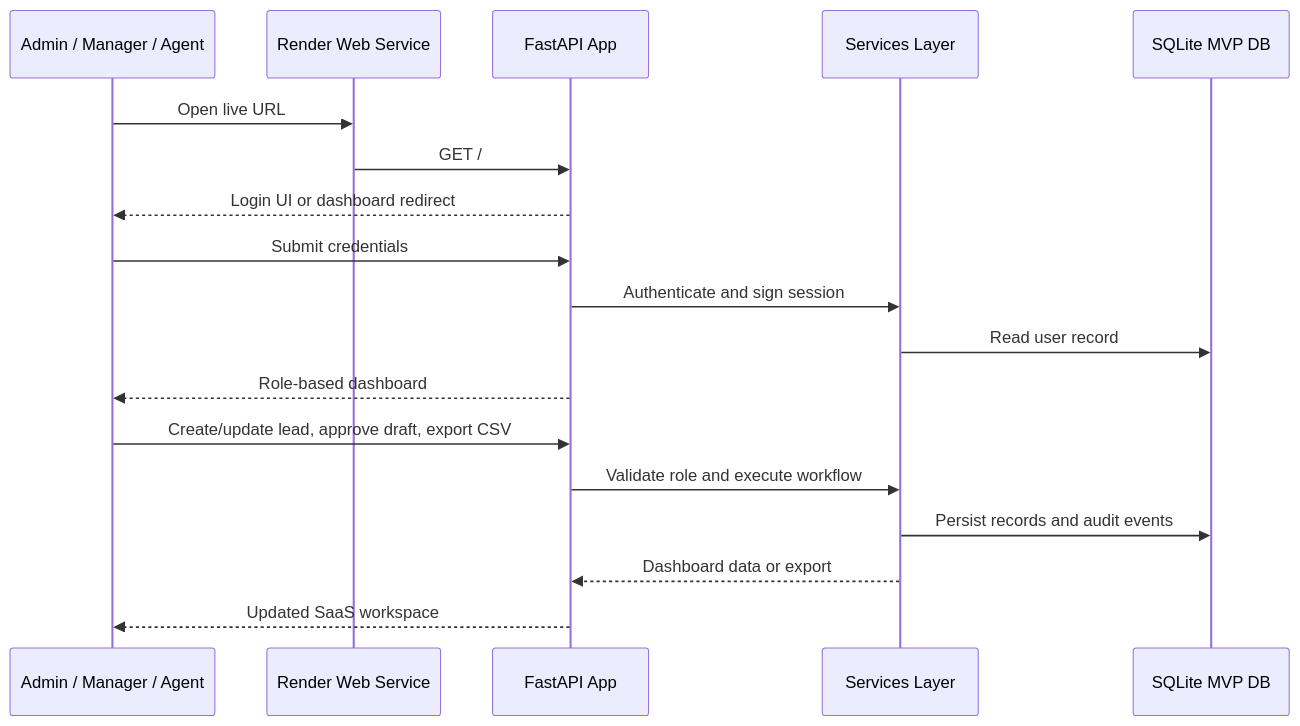
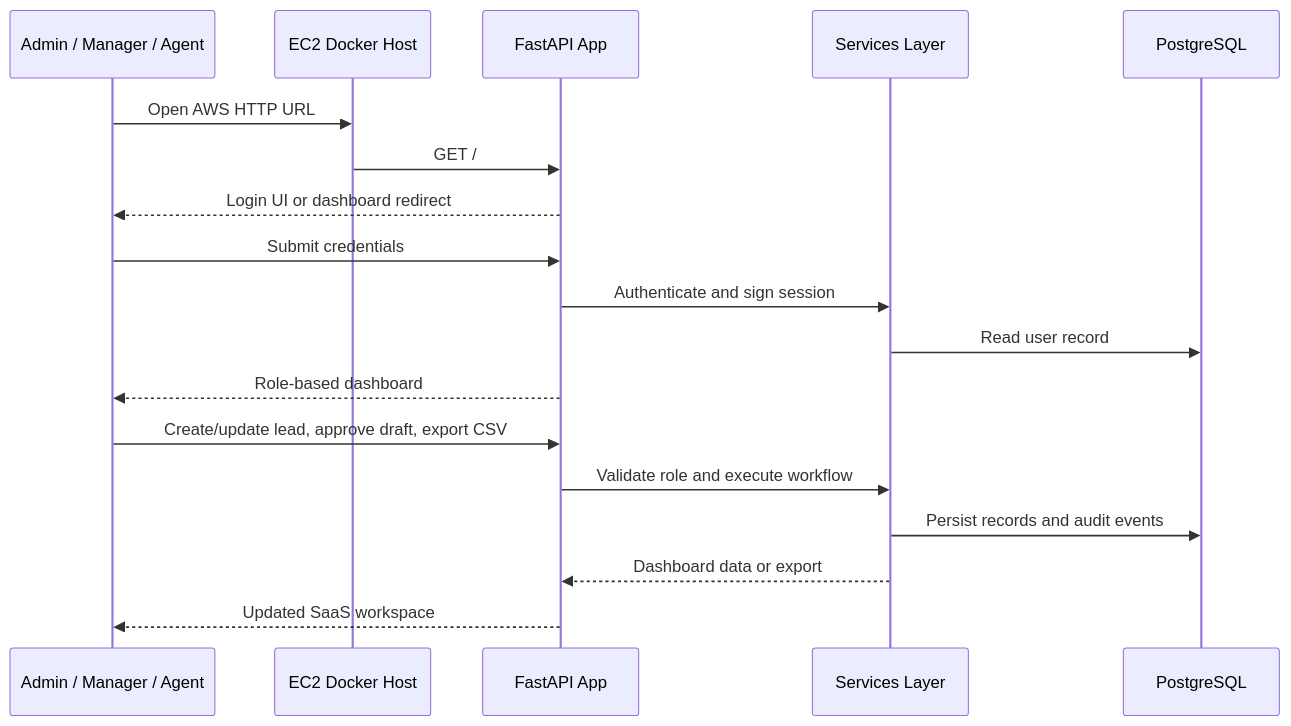
The first of 2 diagrams in docs/architecture.md (mehrabmkhan/nexuslead-ai), drawn with Mermaid before and after one commit. The commit also changed other lines of this file and 21 other files, not shown here.

````diff
--- a/docs/architecture.md
+++ b/docs/architecture.md
@@ -17,21 +19,21 @@
 ```mermaid
 sequenceDiagram
     participant User as Admin / Manager / Agent
-    participant Render as Render Web Service
+    participant Host as EC2 Docker Host
     participant App as FastAPI App
     participant Services as Services Layer
-    participant DB as SQLite MVP DB
+    participant DB as PostgreSQL
 
-    User->>Render: Open live URL
-    Render->>App: GET /
+    User->>Host: Open AWS HTTP URL
+    Host->>App: GET /
     App-->>User: Login UI or dashboard redirect
     User->>App: Submit credentials
     App->>Services: Authenticate and sign session
     Services->>DB: Read user record
     App-->>User: Role-based dashboard
     User->>App: Create/update lead, approve draft, export CSV
     App->>Services: Validate role and execute workflow
     Services->>DB: Persist records and audit events
     Services-->>App: Dashboard data or export
     App-->>User: Updated SaaS workspace
 ```
````
